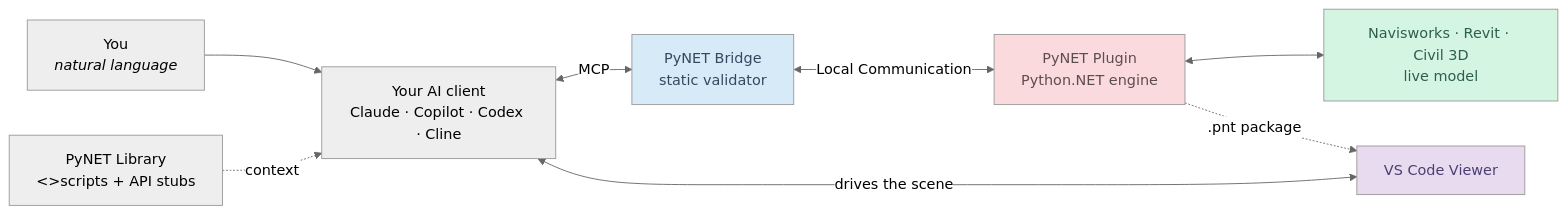
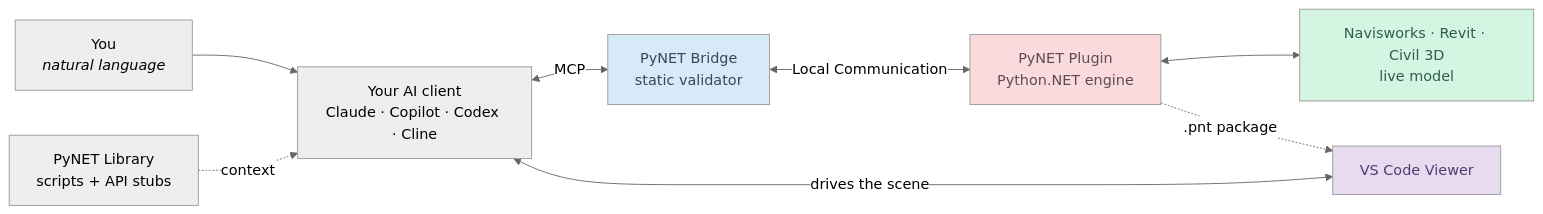
The diagram in profile/README.md (RAEN-DT/.github), drawn with Mermaid (neutral theme) before and after one commit.

Commit message:
Fix formatting in README.md for PyNET Library

````diff
--- a/profile/README.md
+++ b/profile/README.md
@@ -38,15 +38,15 @@
 ```mermaid
 flowchart LR
     U["You<br/><i>natural language</i>"] --> AI["Your AI client<br/>Claude · Copilot · Codex · Cline</>"]
     AI <-->|MCP| B["PyNET Bridge<br/>static validator</>"]
     B <-->|Local Communication| P["PyNET Plugin<br/>Python.NET engine</>"]
     P <--> H["Navisworks · Revit · Civil 3D<br/>live model</>"]
-    L["PyNET Library<br/><>scripts + API stubs</>"] -.->|context| AI
+    L["PyNET Library<br/>scripts + API stubs</>"] -.->|context| AI
     P -.->|.pnt package| V["VS Code Viewer"]
     AI <-->|drives the scene| V
 
 style B fill:#D6EAF8,color:#34495E
 style P fill:#FADADD,color:#5D4E4E
 style H fill:#D5F5E3,color:#2E5E4E
 style V fill:#E8DAEF,color:#4B3F72
 ```
````
